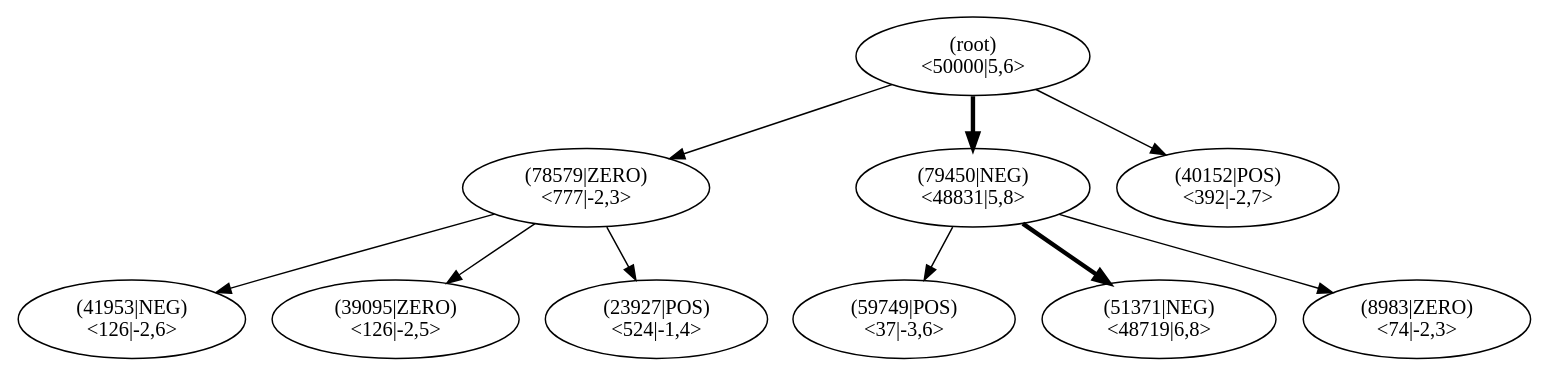
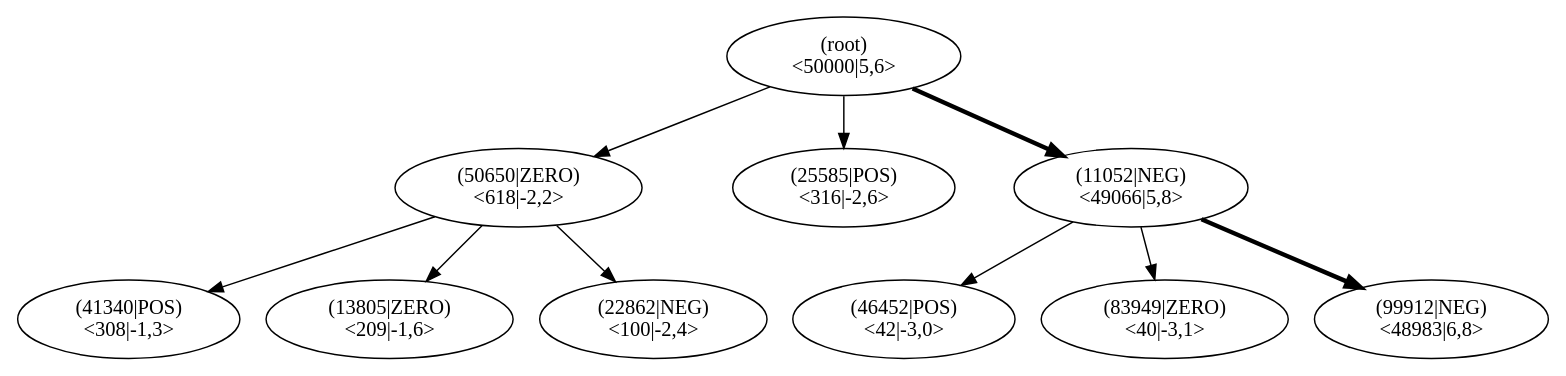
The diagram in pictures/ch13/lane_test_mcts.dot (JonasHellgren/relexp-java), drawn with Graphviz before and after one commit. The commit also changed 245 other files, not shown here.

Commit message:
fixa ArchitectureTest

```diff
--- a/pictures/ch13/lane_test_mcts.dot
+++ b/pictures/ch13/lane_test_mcts.dot
@@ -1,32 +1,32 @@
 digraph MCTS {
 node [shape=ellipse];
 Nroot [label="(root)
 <50000|5,6>"];
-Nroot -> N78579[penwidth=1];
-N78579 [label="(78579|ZERO)
-<777|-2,3>"];
-N78579 -> N41953[penwidth=1];
-N41953 [label="(41953|NEG)
-<126|-2,6>"];
-N78579 -> N39095[penwidth=1];
-N39095 [label="(39095|ZERO)
-<126|-2,5>"];
-N78579 -> N23927[penwidth=1];
-N23927 [label="(23927|POS)
-<524|-1,4>"];
-Nroot -> N79450[penwidth=3];
-N79450 [label="(79450|NEG)
-<48831|5,8>"];
-N79450 -> N59749[penwidth=1];
-N59749 [label="(59749|POS)
-<37|-3,6>"];
-N79450 -> N51371[penwidth=3];
-N51371 [label="(51371|NEG)
-<48719|6,8>"];
-N79450 -> N8983[penwidth=1];
-N8983 [label="(8983|ZERO)
-<74|-2,3>"];
-Nroot -> N40152[penwidth=1];
-N40152 [label="(40152|POS)
-<392|-2,7>"];
+Nroot -> N50650[penwidth=1];
+N50650 [label="(50650|ZERO)
+<618|-2,2>"];
+N50650 -> N41340[penwidth=1];
+N41340 [label="(41340|POS)
+<308|-1,3>"];
+N50650 -> N13805[penwidth=1];
+N13805 [label="(13805|ZERO)
+<209|-1,6>"];
+N50650 -> N22862[penwidth=1];
+N22862 [label="(22862|NEG)
+<100|-2,4>"];
+Nroot -> N25585[penwidth=1];
+N25585 [label="(25585|POS)
+<316|-2,6>"];
+Nroot -> N11052[penwidth=3];
+N11052 [label="(11052|NEG)
+<49066|5,8>"];
+N11052 -> N46452[penwidth=1];
+N46452 [label="(46452|POS)
+<42|-3,0>"];
+N11052 -> N83949[penwidth=1];
+N83949 [label="(83949|ZERO)
+<40|-3,1>"];
+N11052 -> N99912[penwidth=3];
+N99912 [label="(99912|NEG)
+<48983|6,8>"];
 }
```
